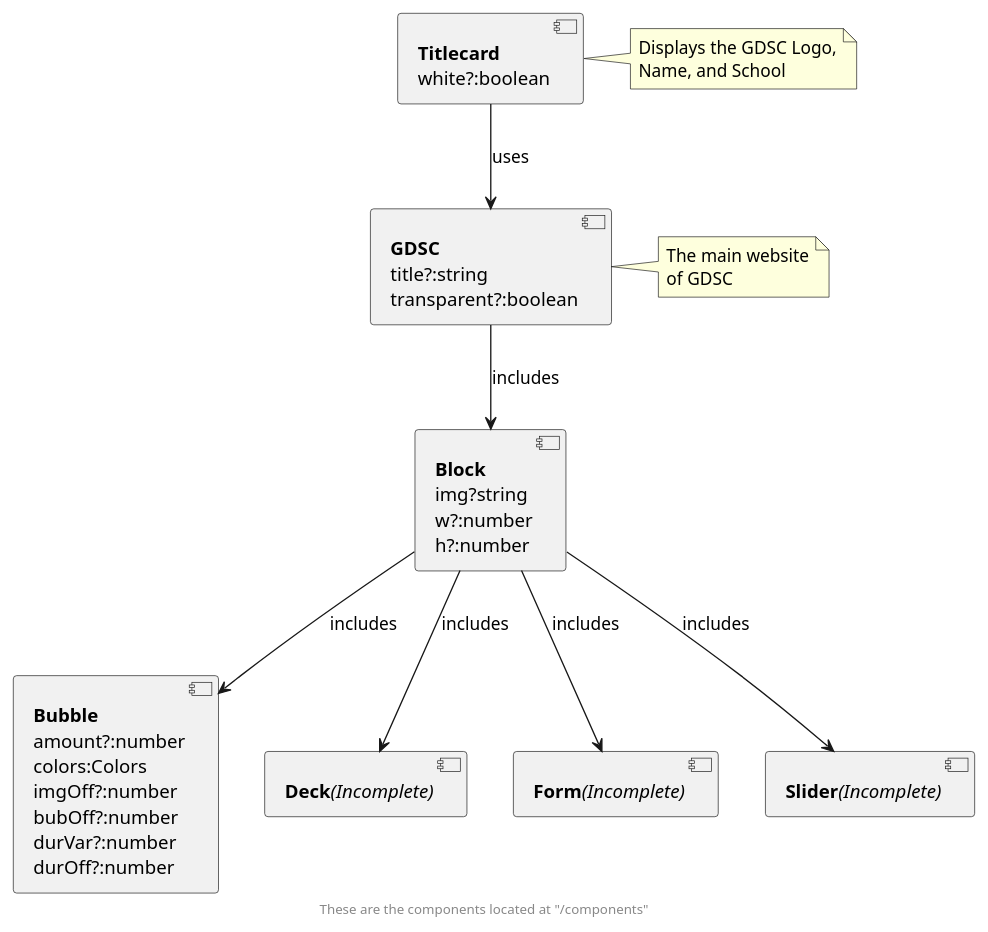
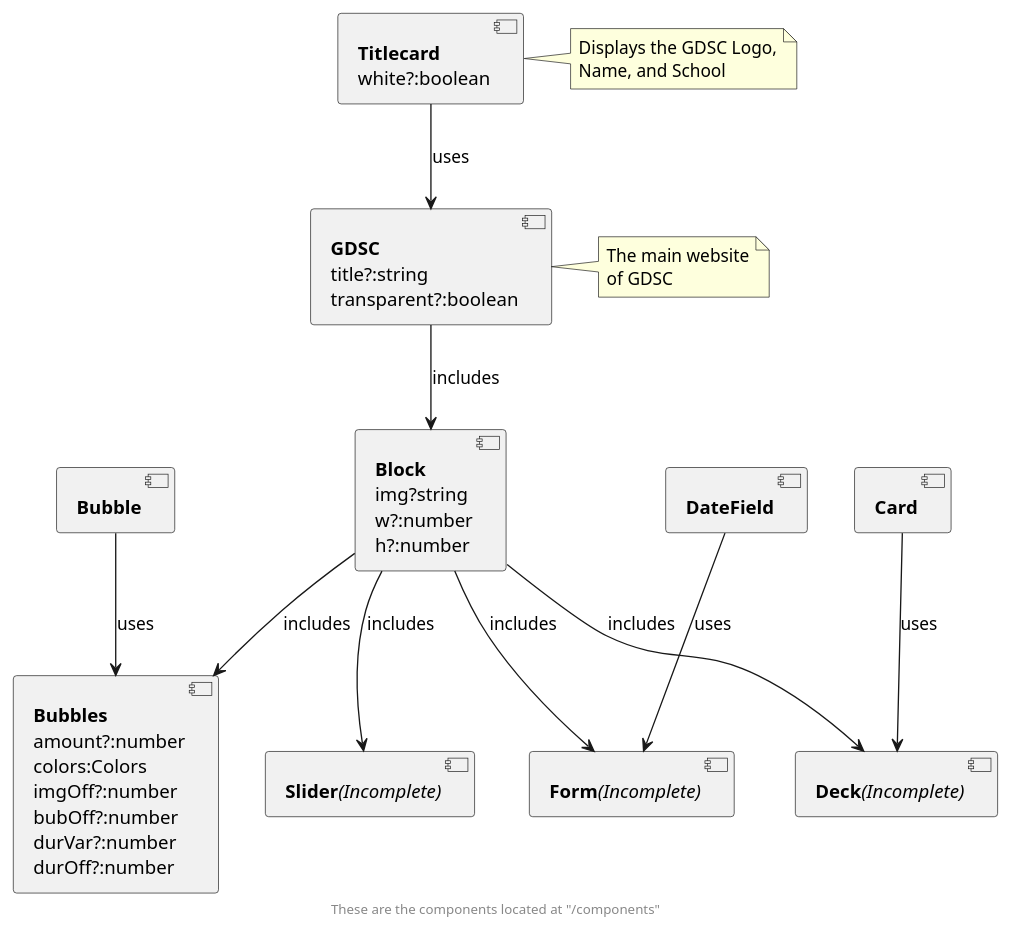
One commit to jasouza-git/gdsc-usa changed the diagram in plan/components.pu. Above: the diagram before and after it, drawn with PlantUML. The commit also changed 2 other files, not shown here.

Commit message:
Updated Bubbles and UML

```diff
--- a/plan/components.pu
+++ b/plan/components.pu
@@ -1,28 +1,34 @@
 @startuml
 [<b>Titlecard</b>\nwhite?:boolean] as Titlecard
 [<b>GDSC</b>\ntitle?:string\ntransparent?:boolean] as GDSC
 [<b>Block</b>\nimg?string\nw?:number\nh?:number] as Block
-[<b>Bubble</b>\namount?:number\ncolors:Colors\nimgOff?:number\nbubOff?:number\ndurVar?:number\ndurOff?:number] as Bubble
+[<b>Bubbles</b>\namount?:number\ncolors:Colors\nimgOff?:number\nbubOff?:number\ndurVar?:number\ndurOff?:number] as Bubbles
 [<b>Deck</b><i>(Incomplete)</i>] as Deck
 [<b>Form</b><i>(Incomplete)</i>] as Form
 [<b>Slider</b><i>(Incomplete)</i>] as Slider
+[<b>Bubble</b>] as Bubble
+[<b>Card</b>] as Card
+[<b>DateField</b>] as DateField
 
 Titlecard --> GDSC : uses
 GDSC --> Block : includes
-Block --> Bubble : includes
+Block --> Bubbles : includes
 Block --> Deck : includes
 Block --> Form : includes
 Block --> Slider : includes
+Bubble --> Bubbles : uses
+DateField --> Form : uses
+Card --> Deck : uses
 
 note right of Titlecard
   Displays the GDSC Logo,
   Name, and School
 end note
 
 note right of GDSC
   The main website
   of GDSC
 end note
 
 footer These are the components located at "/components"
 @enduml
```
